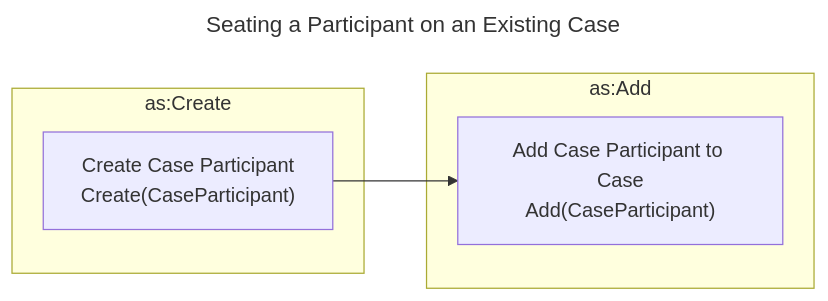
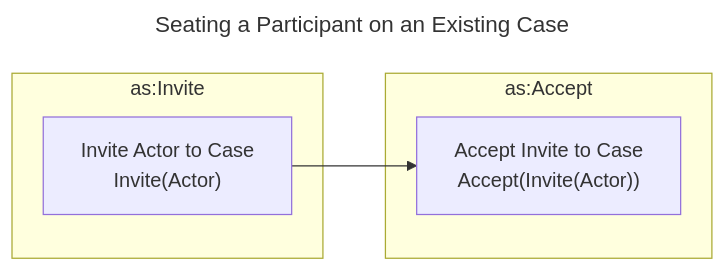
Before and after one commit to CERTCC/Vultron: the diagram in docs/howto/activitypub/activities/initialize_participant.md, drawn with Mermaid. The commit also changed other lines of this file and 51 other files, not shown here.

````diff
--- a/docs/howto/activitypub/activities/initialize_participant.md
+++ b/docs/howto/activitypub/activities/initialize_participant.md
@@ -30,13 +29,13 @@
 ```mermaid
 ---
 title: Seating a Participant on an Existing Case
 ---
 flowchart LR
-    subgraph as:Create
-        CreateParticipant["Create Case Participant<br/>Create(CaseParticipant)"]
+    subgraph as:Invite
+        RmInviteToCase["Invite Actor to Case<br/>Invite(Actor)"]
     end
-    subgraph as:Add
-        AddParticipantToCase["Add Case Participant to Case<br/>Add(CaseParticipant)"]
+    subgraph as:Accept
+        RmAcceptInviteToCase["Accept Invite to Case<br/>Accept(Invite(Actor))"]
     end
-    CreateParticipant --> AddParticipantToCase
+    RmInviteToCase --> RmAcceptInviteToCase
 ```
````
